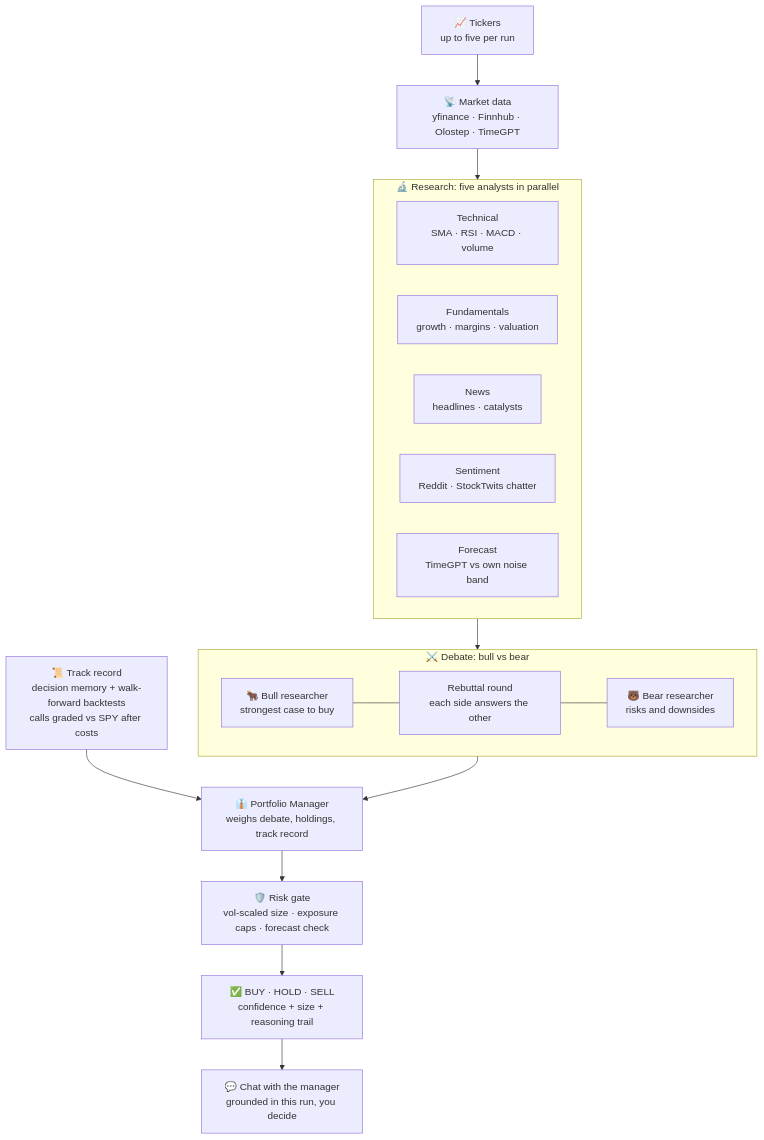
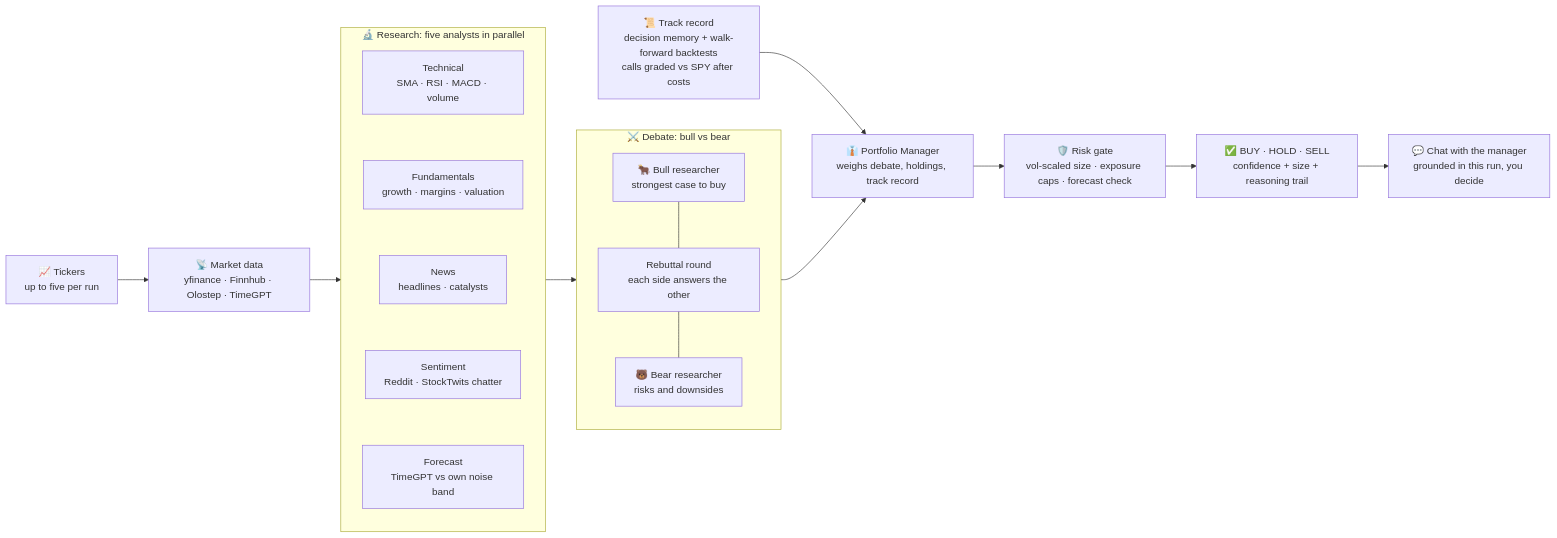
Before and after one commit to kingabzpro/BetterTradingAgents: the diagram in README.md, drawn with Mermaid.

Commit message:
Switch the pipeline diagram to landscape orientation
The fully vertical layout made the diagram too tall. The main flow now
reads left to right with the five researchers and the bull/rebuttal/bear
chain stacked vertically inside their subgraphs (invisible links keep
the researchers stacked, since mermaid ignores subgraph direction
without internal edges).

````diff
--- a/README.md
+++ b/README.md
@@ -55,27 +55,30 @@
 ```mermaid
-flowchart TD
+flowchart LR
     T["📈 Tickers<br/>up to five per run"] --> D["📡 Market data<br/>yfinance · Finnhub · Olostep · TimeGPT"]
 
     subgraph RESEARCH["🔬 Research: five analysts in parallel"]
+        direction TB
         TA["Technical<br/>SMA · RSI · MACD · volume"]
         FA["Fundamentals<br/>growth · margins · valuation"]
         NA["News<br/>headlines · catalysts"]
         SA["Sentiment<br/>Reddit · StockTwits chatter"]
         FC["Forecast<br/>TimeGPT vs own noise band"]
+        TA ~~~ FA ~~~ NA ~~~ SA ~~~ FC
     end
 
     subgraph DEBATE["⚔️ Debate: bull vs bear"]
+        direction TB
         BULL["🐂 Bull researcher<br/>strongest case to buy"]
         RB["Rebuttal round<br/>each side answers the other"]
         BEAR["🐻 Bear researcher<br/>risks and downsides"]
         BULL --- RB --- BEAR
     end
 
     D --> RESEARCH
     RESEARCH --> DEBATE
     DEBATE --> PM["👔 Portfolio Manager<br/>weighs debate, holdings, track record"]
     TRACK["📜 Track record<br/>decision memory + walk-forward backtests<br/>calls graded vs SPY after costs"] --> PM
     PM --> RISK["🛡️ Risk gate<br/>vol-scaled size · exposure caps · forecast check"]
     RISK --> RESULT["✅ BUY · HOLD · SELL<br/>confidence + size + reasoning trail"]
     RESULT --> CHAT["💬 Chat with the manager<br/>grounded in this run, you decide"]
 ```
````
